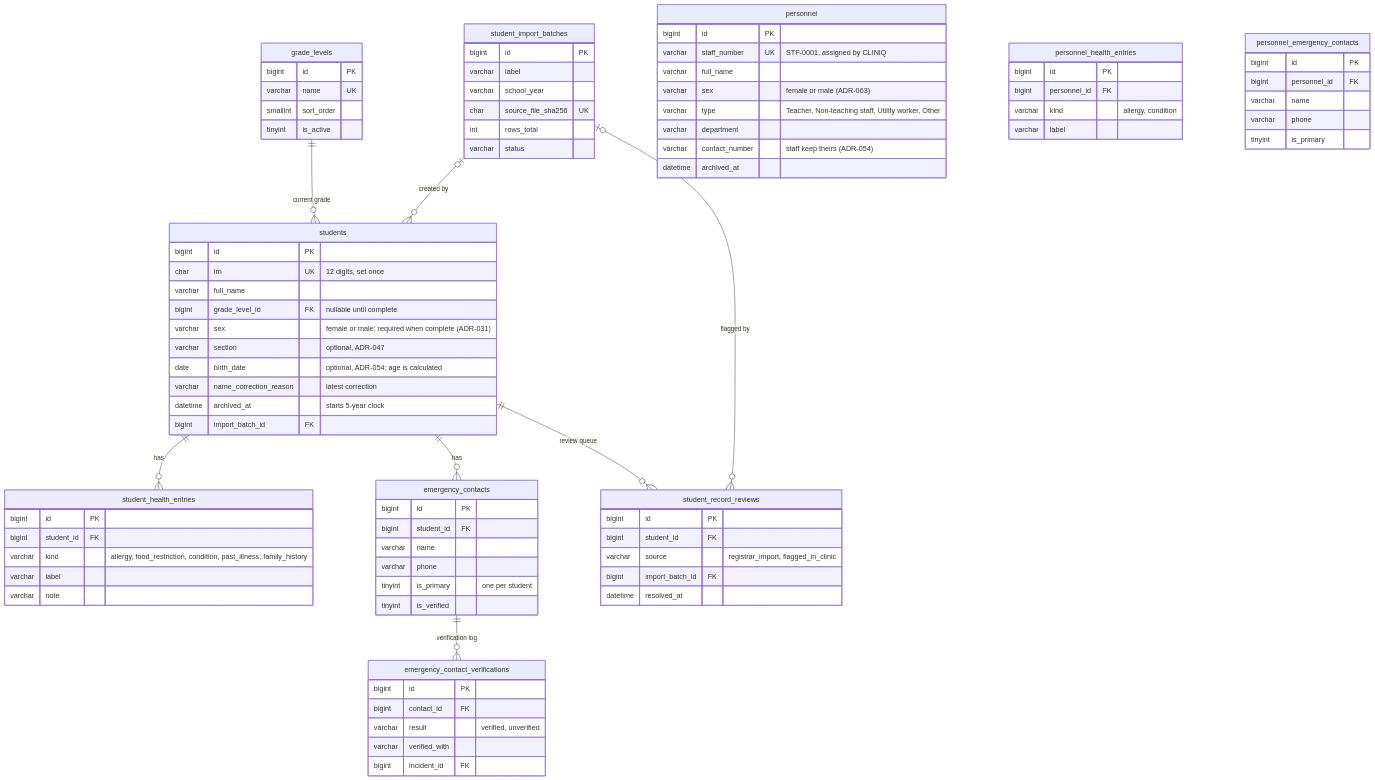
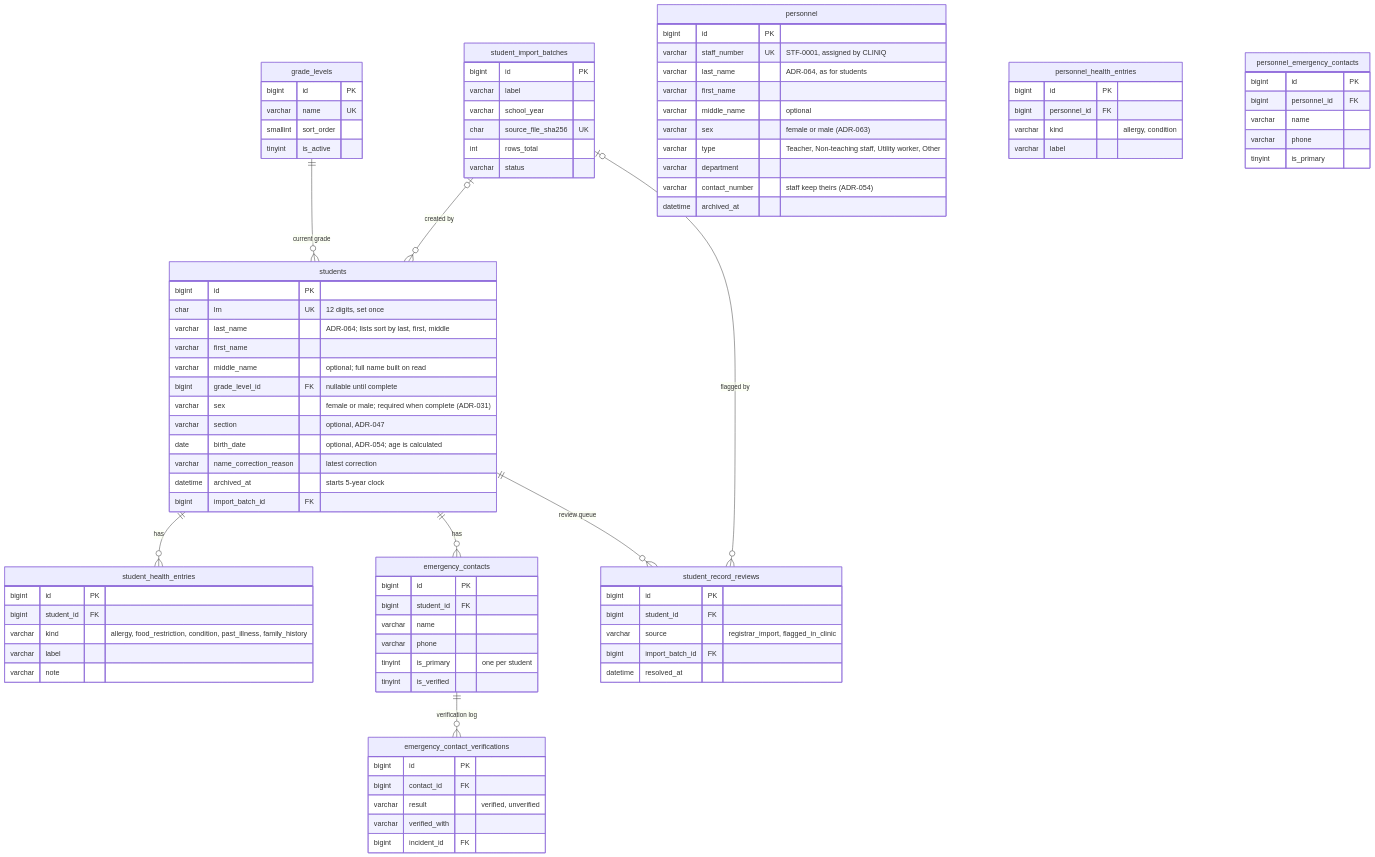
The second of 6 diagrams in CLINIQ-Knowledge-Base/02-Architecture/Database/ERD.md (zekuuu/cliniq), drawn with Mermaid before and after one commit. The commit also changed other lines of this file and 5 other files, not shown here.

Commit message:
docs(backend): split student and staff names in the ERD, schema, checks and API contract (ADR-064)

```diff
--- a/CLINIQ-Knowledge-Base/02-Architecture/Database/ERD.md
+++ b/CLINIQ-Knowledge-Base/02-Architecture/Database/ERD.md
@@ -181,7 +183,9 @@
     students {
         bigint id PK
         char lrn UK "12 digits, set once"
-        varchar full_name
+        varchar last_name "ADR-064; lists sort by last, first, middle"
+        varchar first_name
+        varchar middle_name "optional; full name built on read"
         bigint grade_level_id FK "nullable until complete"
         varchar sex "female or male; required when complete (ADR-031)"
         varchar section "optional, ADR-047"
@@ -193,7 +197,9 @@
     personnel {
         bigint id PK
         varchar staff_number UK "STF-0001, assigned by CLINIQ"
-        varchar full_name
+        varchar last_name "ADR-064, as for students"
+        varchar first_name
+        varchar middle_name "optional"
         varchar sex "female or male (ADR-063)"
         varchar type "Teacher, Non-teaching staff, Utility worker, Other"
         varchar department
```
